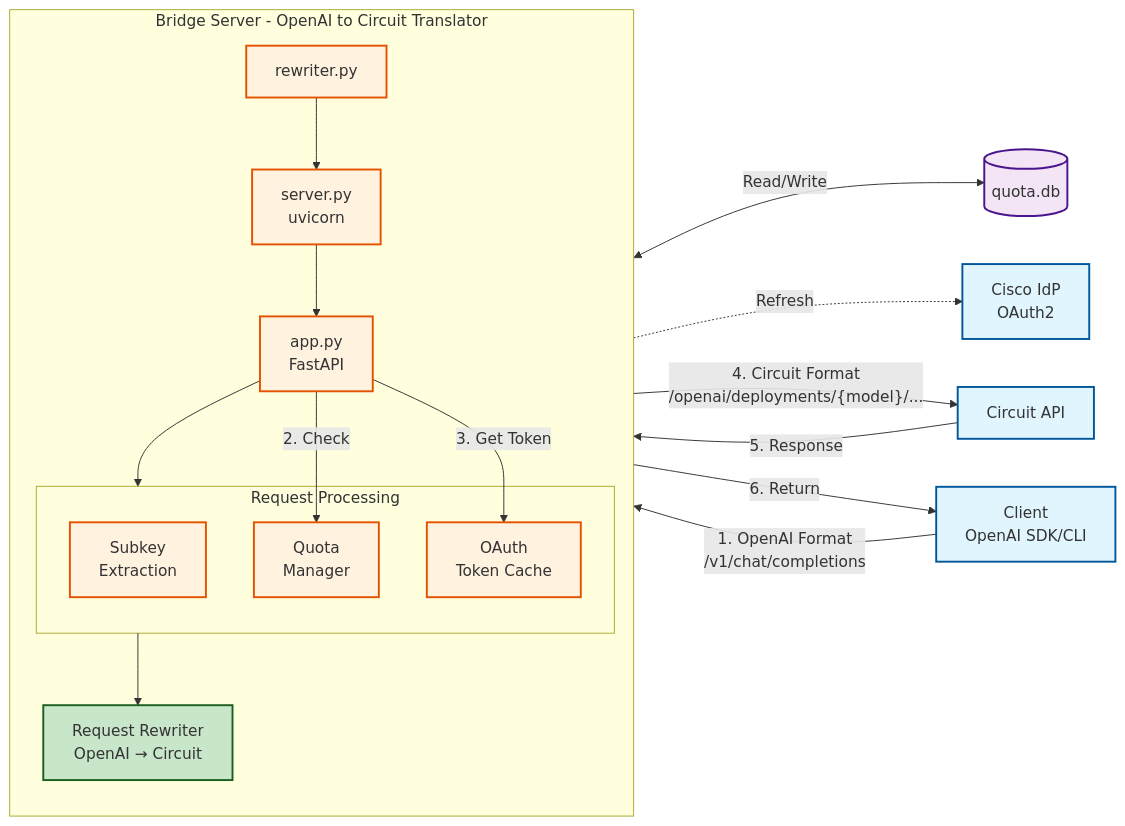
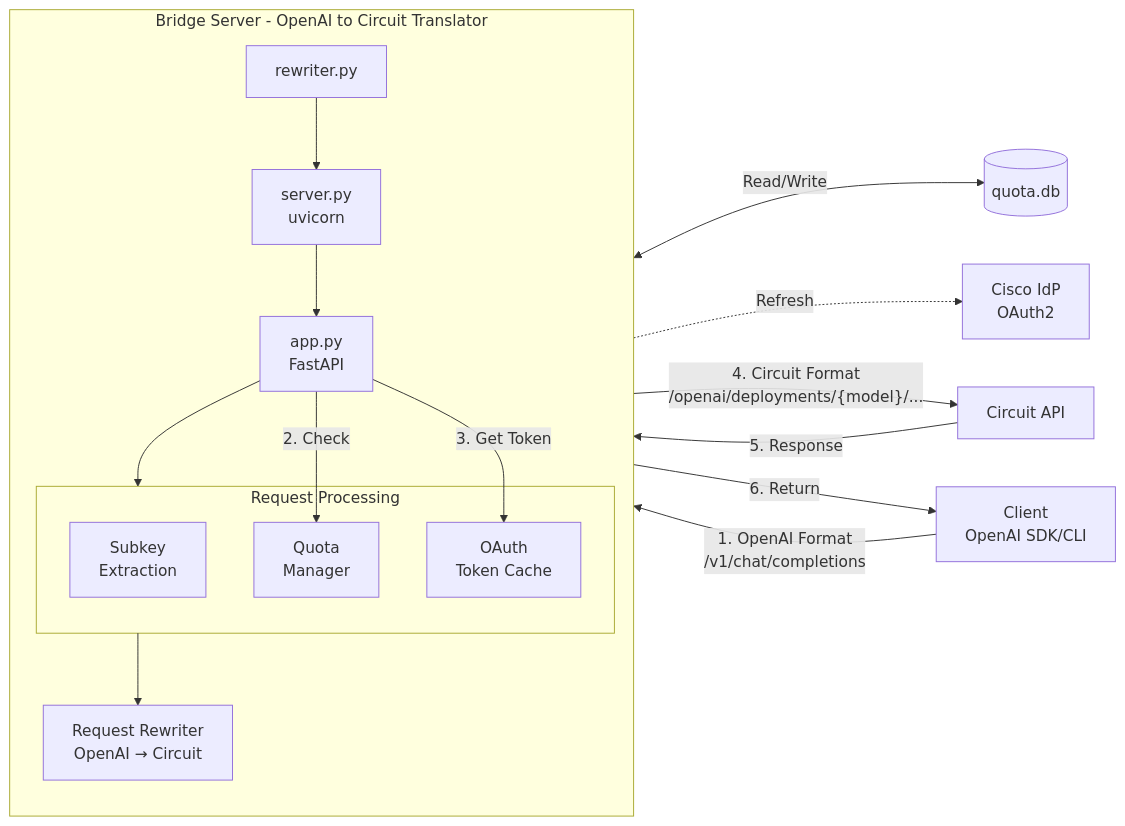
The diagram in ARCHITECTURE.md (dconnett-splunk/oai-to-circuit), drawn with Mermaid before and after one commit.

Commit message:
Remove unused Mermaid class definitions from architecture diagram
Clean up outdated or unused styling rules to
simplify the diagram markup. No impact on
flowchart content or documentation accuracy.

````diff
--- a/ARCHITECTURE.md
+++ b/ARCHITECTURE.md
@@ -19,46 +19,36 @@
 ```mermaid
 flowchart LR
     Client[Client<br/>OpenAI SDK/CLI]
     
     subgraph Bridge["Bridge Server - OpenAI to Circuit Translator"]
         direction TB
         Entry[rewriter.py]
         Server[server.py<br/>uvicorn]
         App[app.py<br/>FastAPI]
         
         subgraph Processing["Request Processing"]
             Subkey[Subkey<br/>Extraction]
             Quota[Quota<br/>Manager]
             OAuth[OAuth<br/>Token Cache]
         end
         
         Rewriter[Request Rewriter<br/>OpenAI → Circuit]
         
         Entry --> Server --> App
         App --> Processing
         Processing --> Rewriter
     end
     
     QuotaDB[(quota.db)]
     IdP[Cisco IdP<br/>OAuth2]
     Circuit[Circuit API]
     
     Client -->|"1. OpenAI Format<br/>/v1/chat/completions"| App
     App -->|2. Check| Quota
     Quota <-->|Read/Write| QuotaDB
     App -->|3. Get Token| OAuth
     OAuth -.->|Refresh| IdP
     Rewriter -->|"4. Circuit Format<br/>/openai/deployments/{model}/..."| Circuit
     Circuit -->|5. Response| App
     App -->|6. Return| Client
-    
-    classDef external fill:#e1f5ff,stroke:#01579b,stroke-width:2px
-    classDef internal fill:#fff3e0,stroke:#e65100,stroke-width:2px
-    classDef transform fill:#c8e6c9,stroke:#1b5e20,stroke-width:2px
-    classDef data fill:#f3e5f5,stroke:#4a148c,stroke-width:2px
-    
-    class Client,IdP,Circuit external
-    class Entry,Server,App,Subkey,Quota,OAuth internal
-    class Rewriter transform
-    class QuotaDB data
 ```
````
